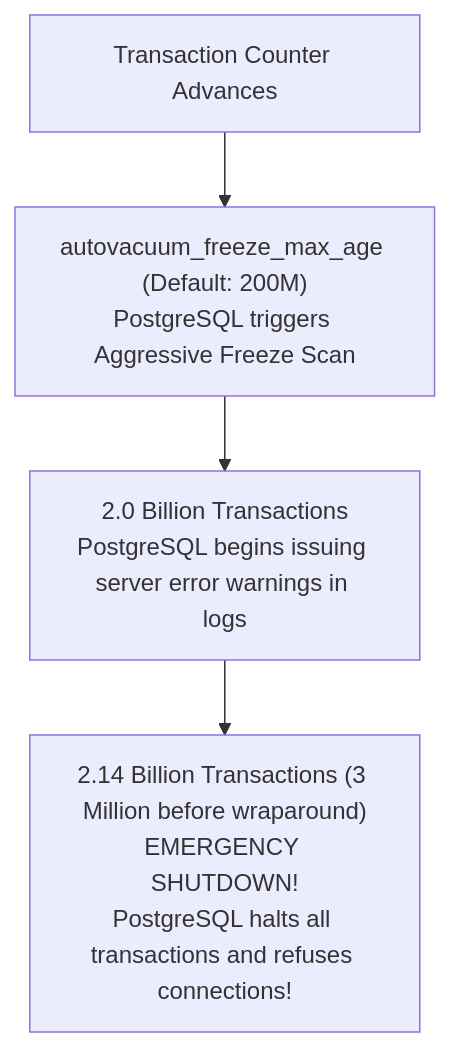
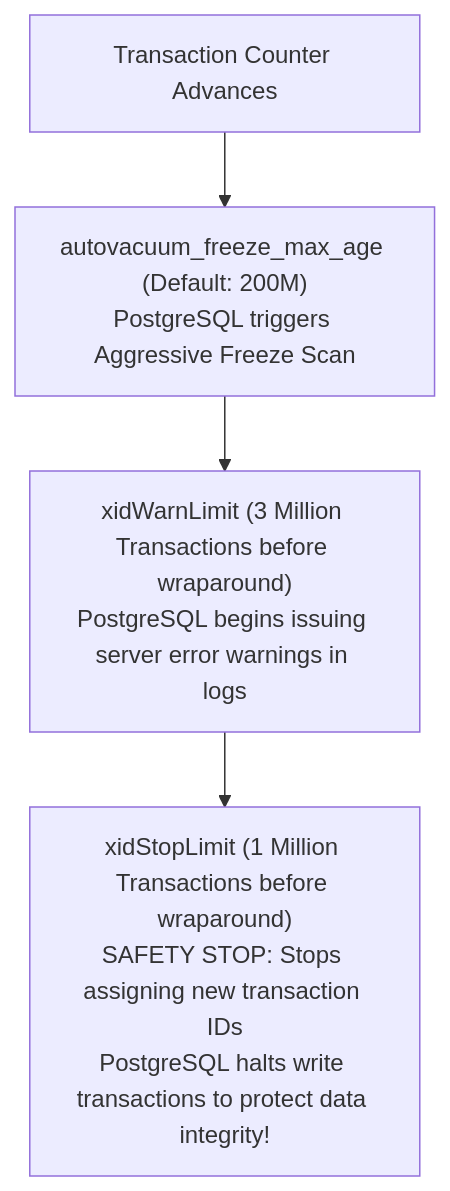
Before and after one commit to espoem/zero-to-one: the third of 4 diagrams in technologies/postgres/modules/09-vacuum-freezing-and-bloat.md, drawn with Mermaid. The commit also changed other lines of this file and 8 other files, not shown here.

````diff
--- a/technologies/postgres/modules/09-vacuum-freezing-and-bloat.md
+++ b/technologies/postgres/modules/09-vacuum-freezing-and-bloat.md
@@ -120,6 +120,6 @@
 ```mermaid
 flowchart TD
     XID["Transaction Counter Advances"] --> Warn["autovacuum_freeze_max_age (Default: 200M)<br/>PostgreSQL triggers Aggressive Freeze Scan"]
-    Warn --> Crit["2.0 Billion Transactions<br/>PostgreSQL begins issuing server error warnings in logs"]
-    Crit --> Stop["2.14 Billion Transactions (3 Million before wraparound)<br/>EMERGENCY SHUTDOWN!<br/>PostgreSQL halts all transactions and refuses connections!"]
+    Warn --> Crit["xidWarnLimit (3 Million Transactions before wraparound)<br/>PostgreSQL begins issuing server error warnings in logs"]
+    Crit --> Stop["xidStopLimit (1 Million Transactions before wraparound)<br/>SAFETY STOP: Stops assigning new transaction IDs<br/>PostgreSQL halts write transactions to protect data integrity!"]
 ```
````
